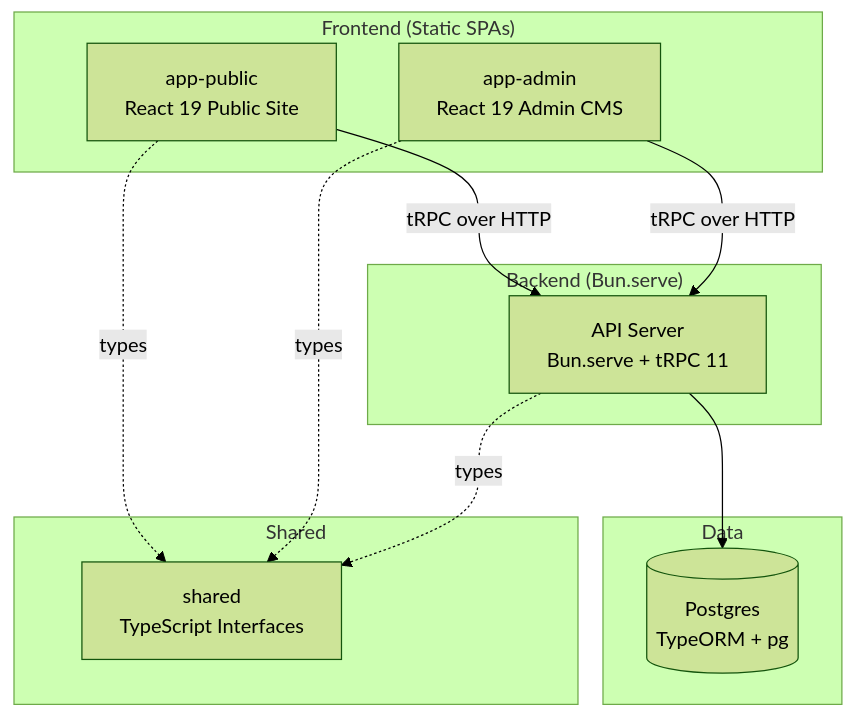
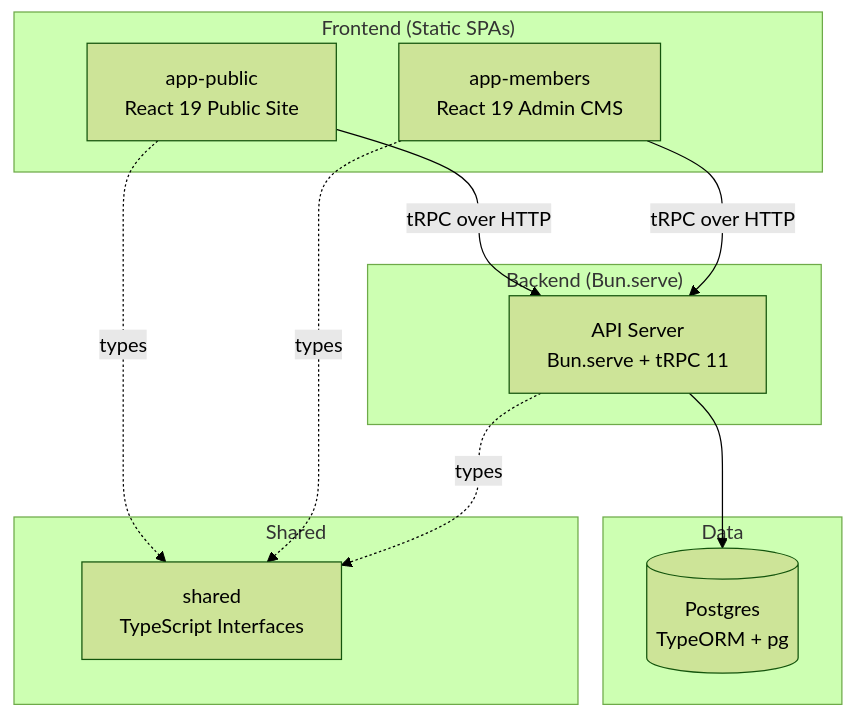
One commit to lordnynex/satyrsmc changed the diagram in CONTRIBUTING.md. Above: the diagram before and after it, drawn with Mermaid (forest theme). The commit also changed other lines of this file and 406 other files, not shown here.

````diff
--- a/CONTRIBUTING.md
+++ b/CONTRIBUTING.md
@@ -5,26 +5,26 @@
 ```mermaid
 graph TB
     subgraph "Frontend (Static SPAs)"
         PUB[app-public<br/>React 19 Public Site]
-        ADM[app-admin<br/>React 19 Admin CMS]
+        ADM[app-members<br/>React 19 Admin CMS]
     end
 
     subgraph "Backend (Bun.serve)"
         API[API Server<br/>Bun.serve + tRPC 11]
     end
 
     subgraph "Data"
         DB[(Postgres<br/>TypeORM + pg)]
     end
 
     subgraph "Shared"
         SH[shared<br/>TypeScript Interfaces]
     end
 
     PUB -->|tRPC over HTTP| API
     ADM -->|tRPC over HTTP| API
     API --> DB
     PUB -.->|types| SH
     ADM -.->|types| SH
     API -.->|types| SH
 ```
````
